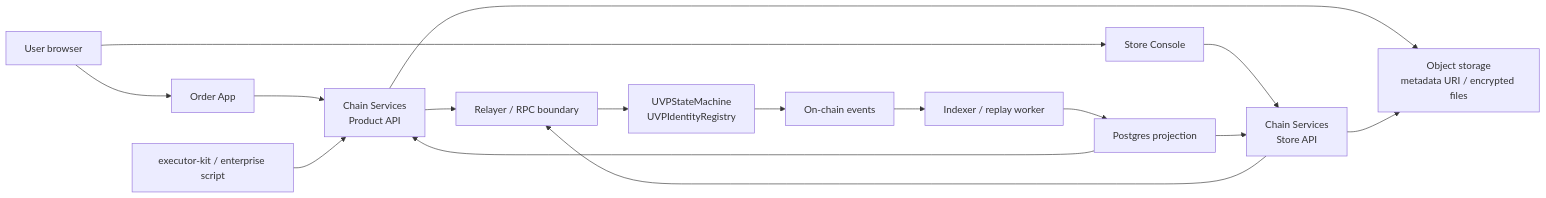
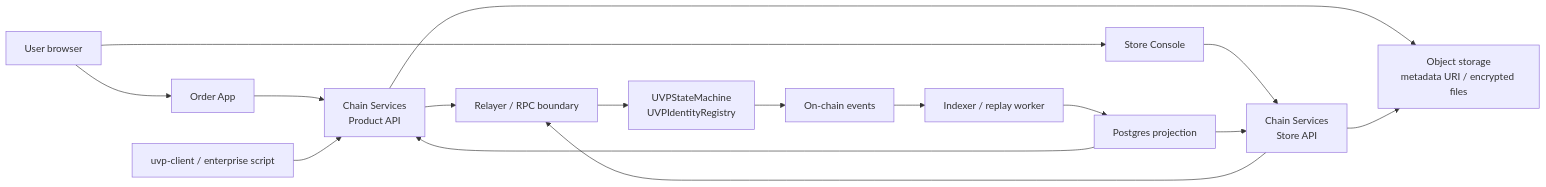
One commit to conucleus/uvp-wiki changed the second of 2 diagrams in wiki/en/concepts/architecture.md. Above: the diagram before and after it, drawn with Mermaid. The commit also changed other lines of this file and 70 other files, not shown here.

Commit message:
docs: uvp-client/registry pages

````diff
--- a/wiki/en/concepts/architecture.md
+++ b/wiki/en/concepts/architecture.md
@@ -34,31 +34,31 @@
 ```mermaid
 flowchart LR
   Browser["User browser"]
   OrderApp["Order App"]
   Store["Store Console"]
-  Exec["executor-kit / enterprise script"]
+  Exec["uvp-client / enterprise script"]
   ProductAPI["Chain Services\nProduct API"]
   StoreAPI["Chain Services\nStore API"]
   Relayer["Relayer / RPC boundary"]
   Contracts["UVPStateMachine\nUVPIdentityRegistry"]
   Events["On-chain events"]
   Indexer["Indexer / replay worker"]
   DB["Postgres projection"]
   ObjectStore["Object storage\nmetadata URI / encrypted files"]
 
   Browser --> OrderApp
   Browser --> Store
   OrderApp --> ProductAPI
   Store --> StoreAPI
   Exec --> ProductAPI
   ProductAPI --> Relayer
   StoreAPI --> Relayer
   Relayer --> Contracts
   Contracts --> Events
   Events --> Indexer
   Indexer --> DB
   DB --> ProductAPI
   DB --> StoreAPI
   ProductAPI --> ObjectStore
   StoreAPI --> ObjectStore
 ```
````
